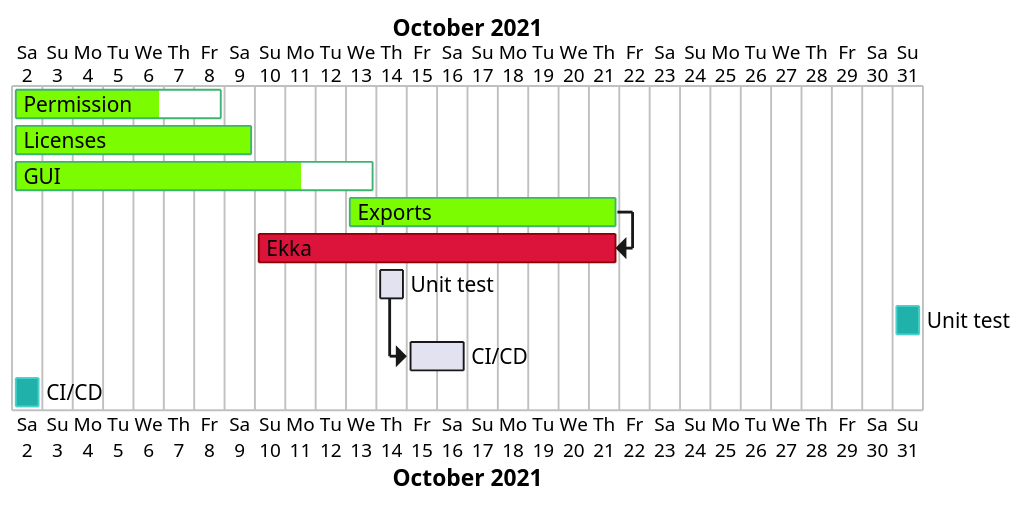
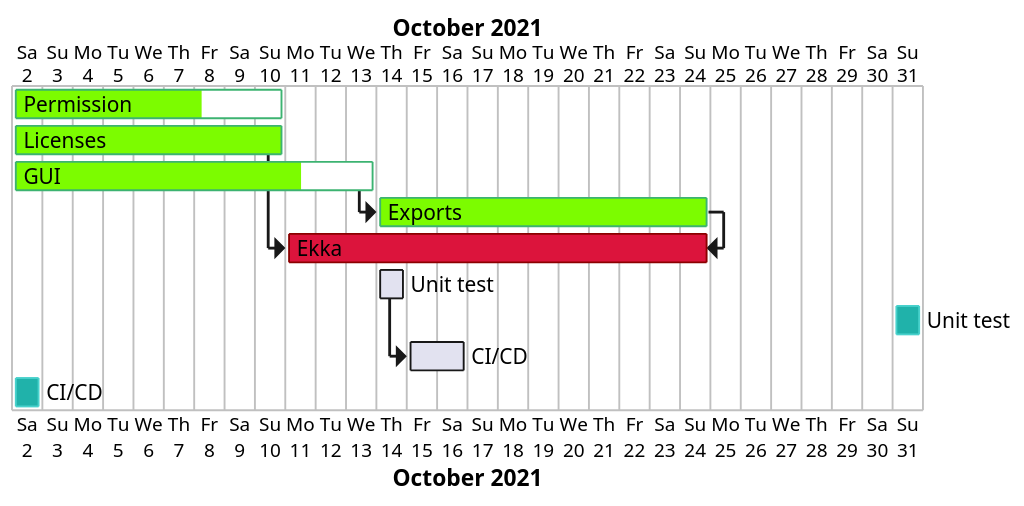
Before and after one commit to SerhiiRI/jarman: the diagram in agenda.org, drawn with PlantUML. The commit also changed other lines of this file and 1 other file, not shown here.

```diff
--- a/agenda.org
+++ b/agenda.org
@@ -18,29 +18,29 @@
   #+begin_src plantuml :file issues/agenda/release-roadmap.png
     @startgantt
     scale 800 width
     Project starts 2021-10-02
     [Permission] starts 2021-10-02
     [Permission] is colored in LawnGreen/MediumSeaGreen
-    [Permission] ends 2021-10-08
+    [Permission] ends 2021-10-10
     [Permission] is 70% completed
     [Licenses] starts 2021-10-02
     [Licenses] is colored in LawnGreen/MediumSeaGreen
-    [Licenses] ends 2021-10-09
+    [Licenses] ends 2021-10-10
     [GUI] starts 2021-10-02
     [GUI] is 80% completed
     [GUI] is colored in LawnGreen/MediumSeaGreen
     [GUI] ends 2021-10-13
-    [Exports] starts 2021-10-13
     [Exports] is colored in LawnGreen/MediumSeaGreen
-    [Exports] ends 2021-10-21
-    [Ekka] starts 2021-10-10
+    [Exports] ends 2021-10-24
+    [Exports] starts at [GUI]'s end
+    [Ekka] starts at [Licenses]'s end
     [Ekka] is colored in Crimson/DarkRed
     [Ekka] ends at [Exports]'s end 
     [Unit test] as [U] starts 2021-10-14
     [Unit test] is colored in LightSeaGreen/MediumTurquoise
     [Unit test] ends 2021-10-31
     [CI/CD] as [C] lasts 2 day
     [CI/CD] is colored in LightSeaGreen/MediumTurquoise
     [C] starts at [U]'s end
     @endgantt
   #+end_src
```
